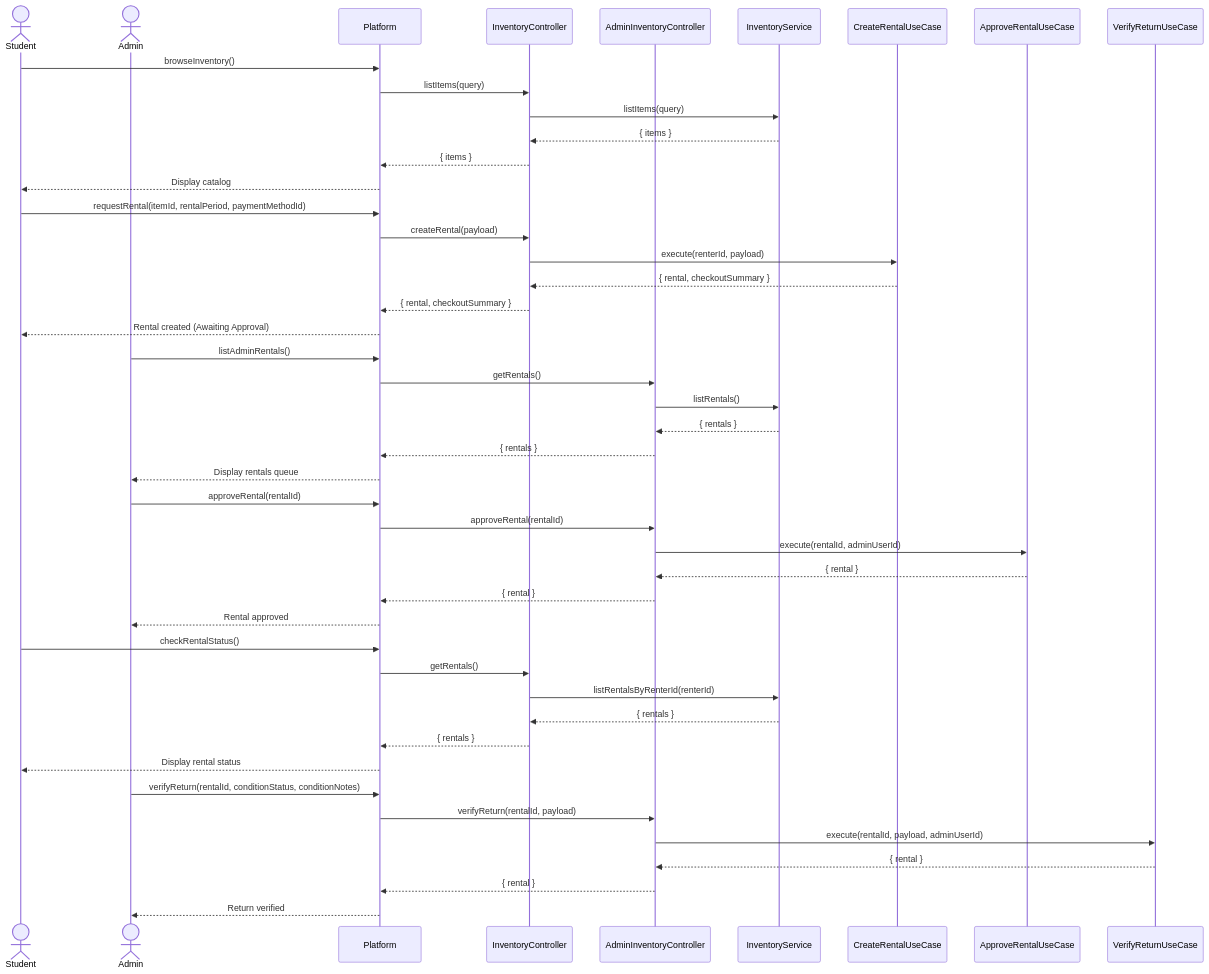
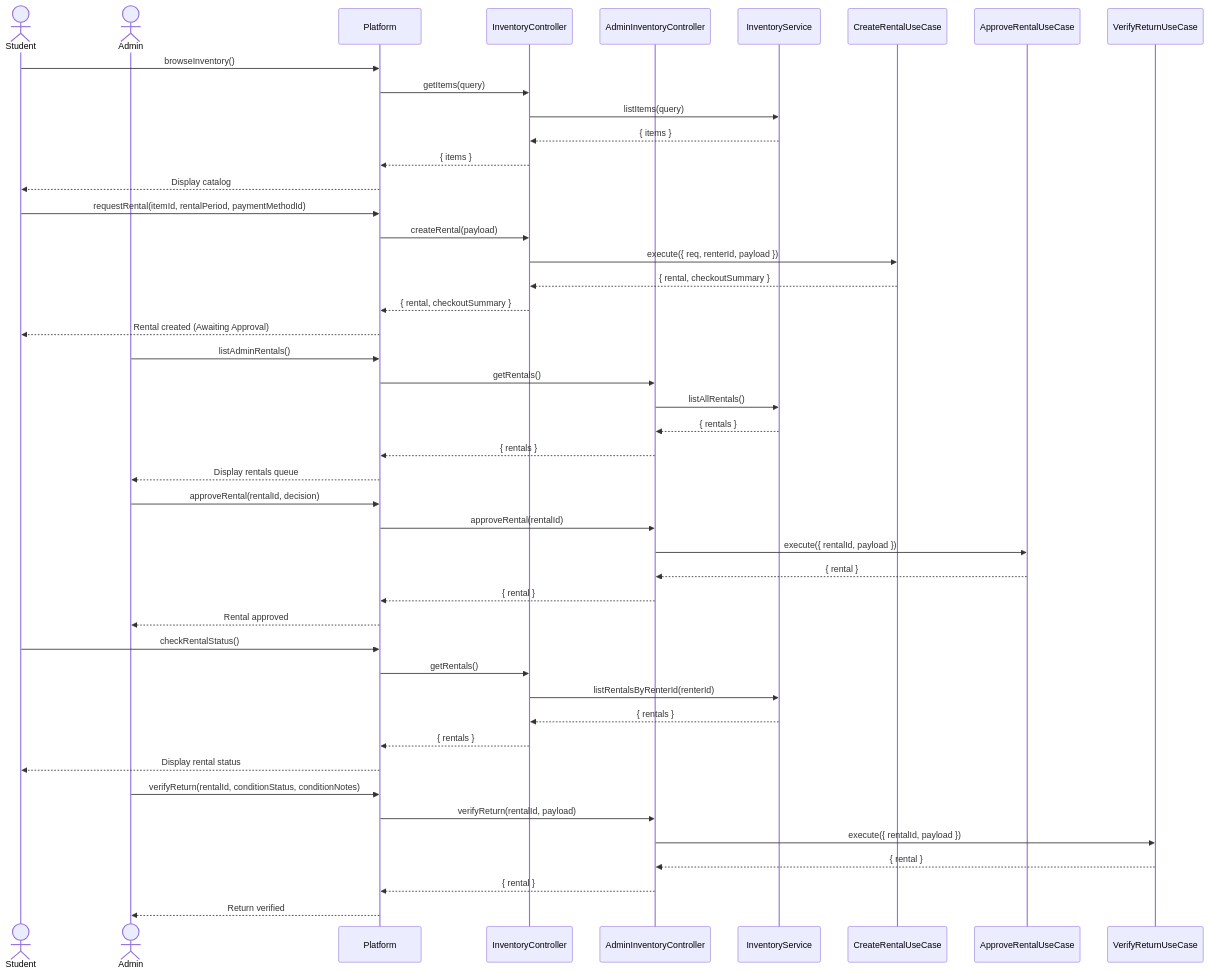
One commit to NovaLogic-Systems/gestArtes-docs changed the eighth of 23 diagrams in diagrams/Sequence Diagram/sequencediagram.md. Above: the diagram before and after it, drawn with Mermaid. The commit also changed other lines of this file and 4 other files, not shown here.

````diff
--- a/diagrams/Sequence Diagram/sequencediagram.md
+++ b/diagrams/Sequence Diagram/sequencediagram.md
@@ -247,54 +252,54 @@
 ```mermaid
 sequenceDiagram
     actor Student
     actor Admin
     participant Platform as Platform
     participant InventoryController as InventoryController
     participant AdminInventoryController as AdminInventoryController
     participant InventoryService as InventoryService
     participant CreateRentalUseCase as CreateRentalUseCase
     participant ApproveRentalUseCase as ApproveRentalUseCase
     participant VerifyReturnUseCase as VerifyReturnUseCase
 
     Student->>Platform: browseInventory()
-    Platform->>InventoryController: listItems(query)
+    Platform->>InventoryController: getItems(query)
     InventoryController->>InventoryService: listItems(query)
     InventoryService-->>InventoryController: { items }
     InventoryController-->>Platform: { items }
     Platform-->>Student: Display catalog
 
     Student->>Platform: requestRental(itemId, rentalPeriod, paymentMethodId)
     Platform->>InventoryController: createRental(payload)
-    InventoryController->>CreateRentalUseCase: execute(renterId, payload)
+    InventoryController->>CreateRentalUseCase: execute({ req, renterId, payload })
     CreateRentalUseCase-->>InventoryController: { rental, checkoutSummary }
     InventoryController-->>Platform: { rental, checkoutSummary }
     Platform-->>Student: Rental created (Awaiting Approval)
 
     Admin->>Platform: listAdminRentals()
     Platform->>AdminInventoryController: getRentals()
-    AdminInventoryController->>InventoryService: listRentals()
+    AdminInventoryController->>InventoryService: listAllRentals()
     InventoryService-->>AdminInventoryController: { rentals }
     AdminInventoryController-->>Platform: { rentals }
     Platform-->>Admin: Display rentals queue
 
-    Admin->>Platform: approveRental(rentalId)
+    Admin->>Platform: approveRental(rentalId, decision)
     Platform->>AdminInventoryController: approveRental(rentalId)
-    AdminInventoryController->>ApproveRentalUseCase: execute(rentalId, adminUserId)
+    AdminInventoryController->>ApproveRentalUseCase: execute({ rentalId, payload })
     ApproveRentalUseCase-->>AdminInventoryController: { rental }
     AdminInventoryController-->>Platform: { rental }
     Platform-->>Admin: Rental approved
 
     Student->>Platform: checkRentalStatus()
     Platform->>InventoryController: getRentals()
     InventoryController->>InventoryService: listRentalsByRenterId(renterId)
     InventoryService-->>InventoryController: { rentals }
     InventoryController-->>Platform: { rentals }
     Platform-->>Student: Display rental status
 
     Admin->>Platform: verifyReturn(rentalId, conditionStatus, conditionNotes)
     Platform->>AdminInventoryController: verifyReturn(rentalId, payload)
-    AdminInventoryController->>VerifyReturnUseCase: execute(rentalId, payload, adminUserId)
+    AdminInventoryController->>VerifyReturnUseCase: execute({ rentalId, payload })
     VerifyReturnUseCase-->>AdminInventoryController: { rental }
     AdminInventoryController-->>Platform: { rental }
     Platform-->>Admin: Return verified
 ```
````
